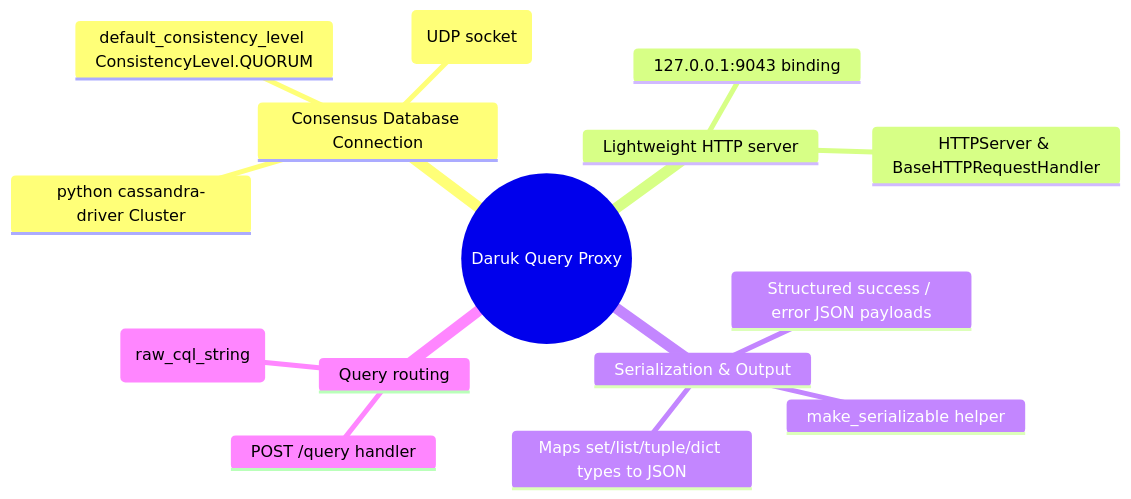
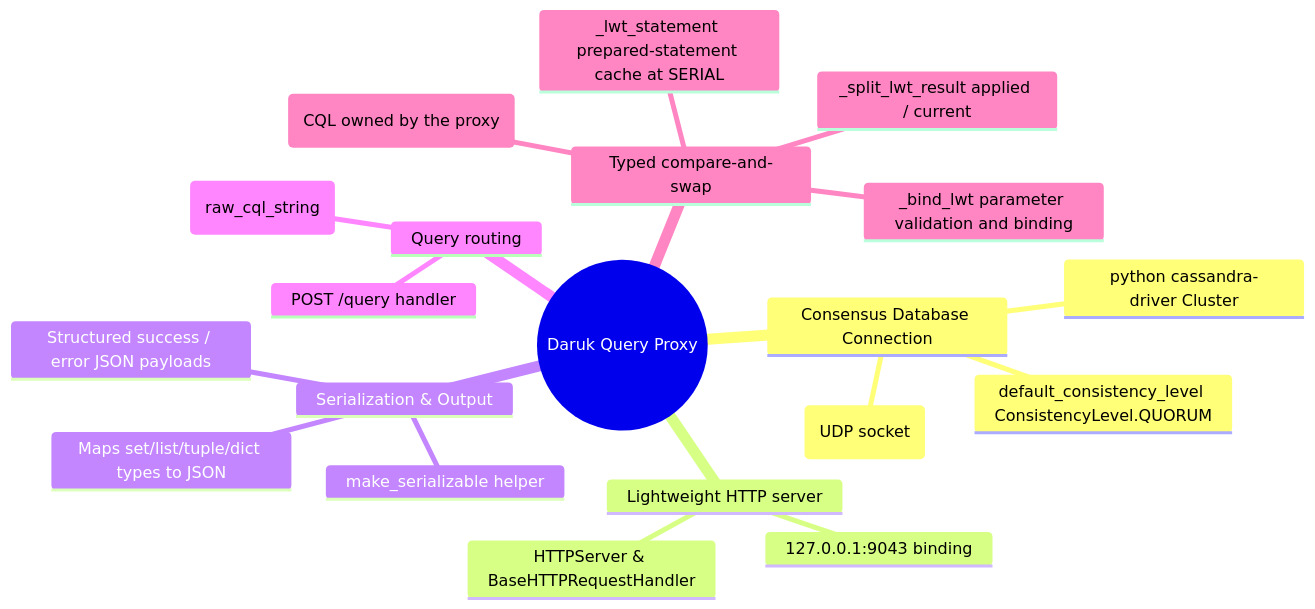
One commit to AuroraRyunix/Helios-HCI changed the diagram in docs/daruk_technical.md. Above: the diagram before and after it, drawn with Mermaid. The commit also changed other lines of this file and 5 other files, not shown here.

````diff
--- a/docs/daruk_technical.md
+++ b/docs/daruk_technical.md
@@ -7,18 +7,23 @@
 ```mermaid
 mindmap
   root((Daruk Query Proxy))
     Consensus Database Connection
       python cassandra-driver Cluster
       LOCAL_IP dynamic resolution (UDP socket)
       default_consistency_level ConsistencyLevel.QUORUM
     Lightweight HTTP server
       127.0.0.1:9043 binding
       HTTPServer & BaseHTTPRequestHandler
     Serialization & Output
       make_serializable helper
       Maps set/list/tuple/dict types to JSON
       Structured success / error JSON payloads
     Query routing
       POST /query handler
       session.execute(raw_cql_string)
+    Typed compare-and-swap
+      LWT_OPS operation table (CQL owned by the proxy)
+      _bind_lwt parameter validation and binding
+      _lwt_statement prepared-statement cache at SERIAL
+      _split_lwt_result applied / current
 ```
````
